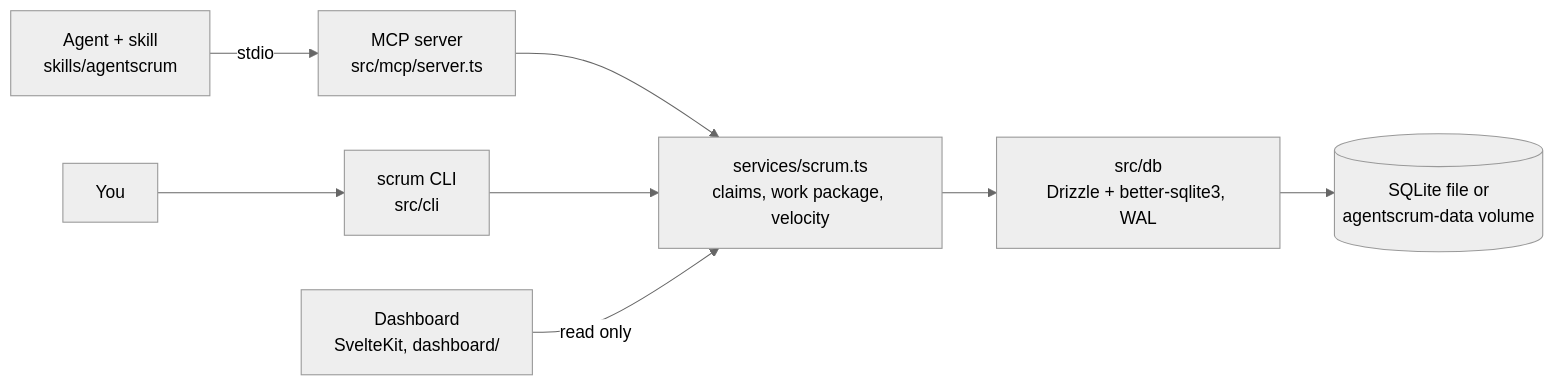
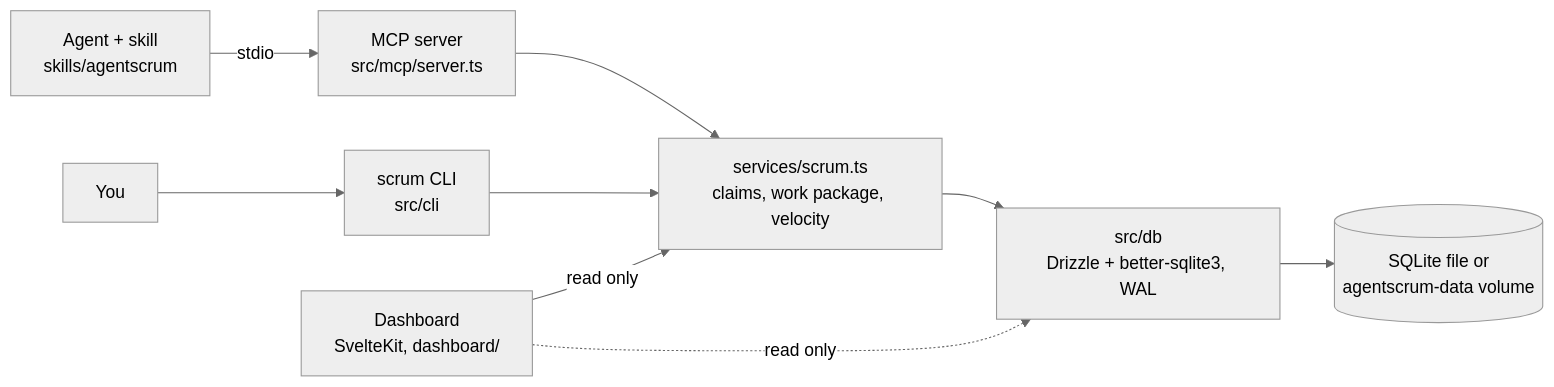
The diagram in README.md (KoalaLyfestyle/AgentScrum), drawn with Mermaid (neutral theme) before and after one commit. The commit also changed other lines of this file and 3 other files, not shown here.

````diff
--- a/README.md
+++ b/README.md
@@ -52,10 +52,11 @@
 ```mermaid
 flowchart LR
     agent["Agent + skill<br/>skills/agentscrum"] -->|stdio| mcp["MCP server<br/>src/mcp/server.ts"]
     you["You"] --> cli["scrum CLI<br/>src/cli"]
     mcp --> svc["services/scrum.ts<br/>claims, work package, velocity"]
     cli --> svc
     svc --> db["src/db<br/>Drizzle + better-sqlite3, WAL"]
     db --> file[("SQLite file or<br/>agentscrum-data volume")]
     dash["Dashboard<br/>SvelteKit, dashboard/"] -->|read only| svc
+    dash -.->|read only| db
 ```
````
